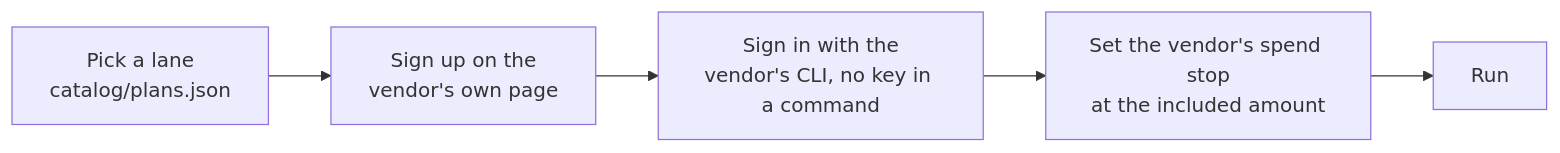
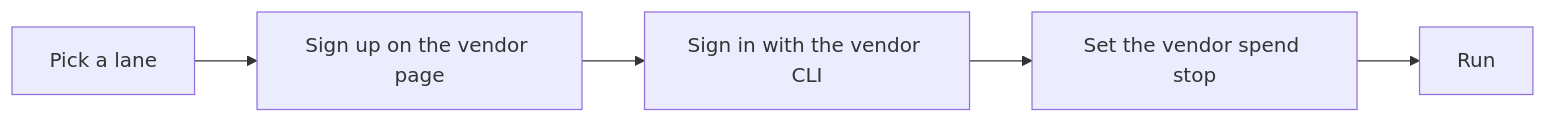
The diagram in README.md (Colorado-Compute/compute-credits), drawn with Mermaid before and after one commit. The commit also changed other lines of this file and 2 other files, not shown here.

````diff
--- a/README.md
+++ b/README.md
@@ -5,7 +23,7 @@
 ```mermaid
 flowchart LR
-  P[Pick a lane<br/>catalog/plans.json] --> S[Sign up on the<br/>vendor's own page]
-  S --> L[Sign in with the<br/>vendor's CLI, no key in a command]
-  L --> G[Set the vendor's spend stop<br/>at the included amount]
+  P[Pick a lane] --> S[Sign up on the vendor page]
+  S --> L[Sign in with the vendor CLI]
+  L --> G[Set the vendor spend stop]
   G --> R[Run]
 ```
````
